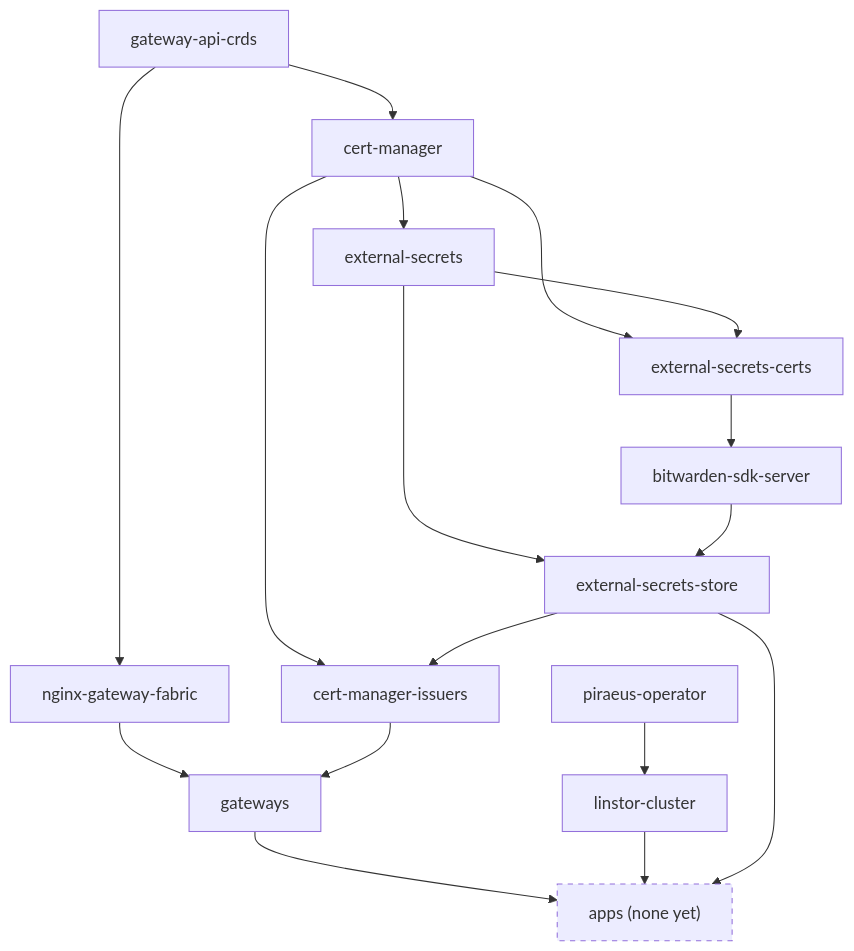
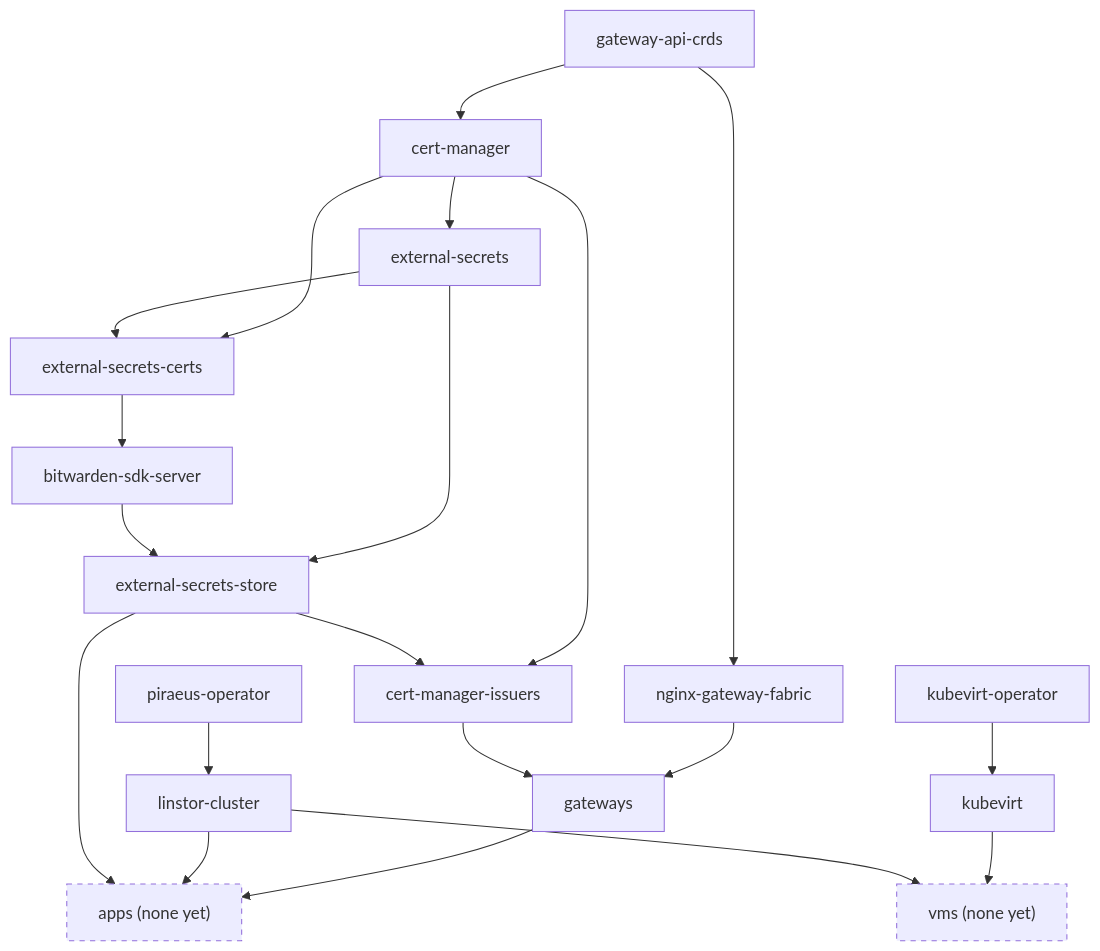
Before and after one commit to martinxtinto/k8s-flux: the first of 2 diagrams in README.md, drawn with Mermaid. The commit also changed other lines of this file and 12 other files, not shown here.

````diff
--- a/README.md
+++ b/README.md
@@ -38,21 +39,25 @@
 ```mermaid
 flowchart TD
   gateway-api-crds --> cert-manager
   gateway-api-crds --> nginx-gateway-fabric
   cert-manager --> external-secrets
   cert-manager --> external-secrets-certs
   external-secrets --> external-secrets-certs
   external-secrets --> external-secrets-store
   external-secrets-certs --> bitwarden-sdk-server
   bitwarden-sdk-server --> external-secrets-store
   cert-manager --> cert-manager-issuers
   external-secrets-store --> cert-manager-issuers
   nginx-gateway-fabric --> gateways
   cert-manager-issuers --> gateways
   piraeus-operator --> linstor-cluster
+  kubevirt-operator --> kubevirt
   gateways --> apps
   linstor-cluster --> apps
   external-secrets-store --> apps
+  kubevirt --> vms
+  linstor-cluster --> vms
   apps["apps (none yet)"]:::placeholder
+  vms["vms (none yet)"]:::placeholder
   classDef placeholder stroke-dasharray: 5 5
 ```
````
